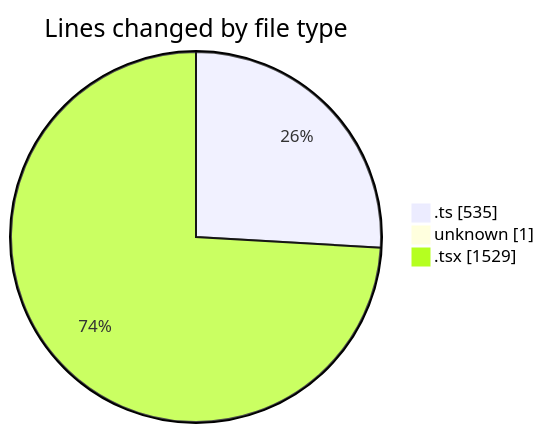
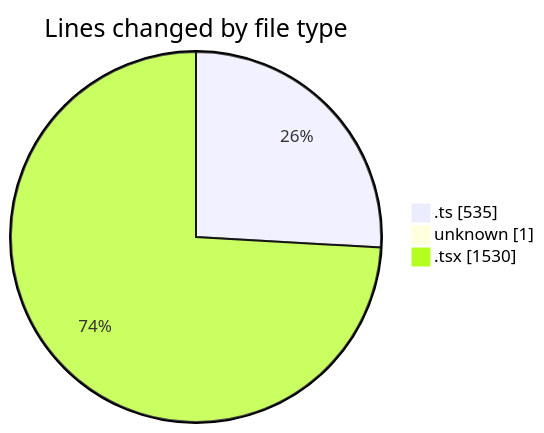
The first of 2 diagrams in 2025-02-17/mbc-web/README.md (robertbonfada/code-tracking), drawn with Mermaid before and after one commit. The commit also changed other lines of this file and 1 other file, not shown here.

````diff
--- a/2025-02-17/mbc-web/README.md
+++ b/2025-02-17/mbc-web/README.md
@@ -31,7 +31,7 @@
 ```mermaid
 pie showData
 title Lines changed by file type
 ".ts" : 535
 "unknown" : 1
-".tsx" : 1529
+".tsx" : 1530
 ```
````
